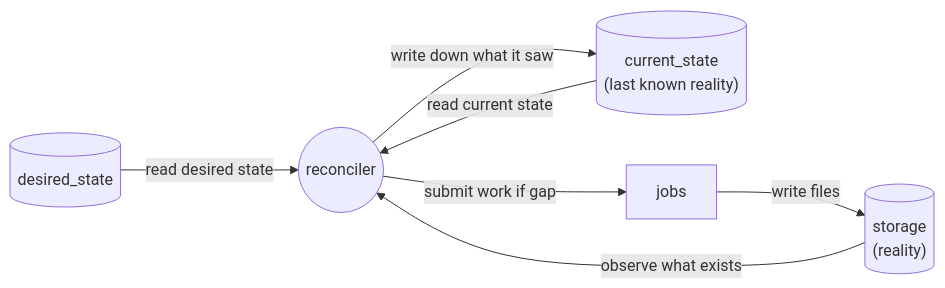
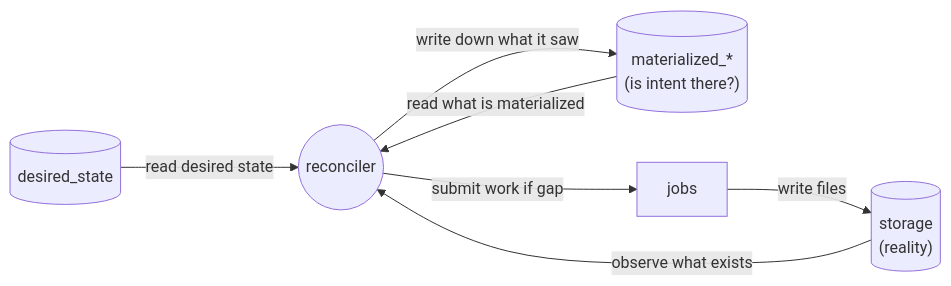
One commit to NGWPC/twod-fim-knowledge-base changed the first of 3 diagrams in system-design/reconciliation-loop.md. Above: the diagram before and after it, drawn with Mermaid. The commit also changed other lines of this file and 2 other files, not shown here.

````diff
--- a/system-design/reconciliation-loop.md
+++ b/system-design/reconciliation-loop.md
@@ -26,13 +27,13 @@
 ```mermaid
 flowchart LR
     DS[("desired_state")]
     ST[("storage<br/>(reality)")]
-    CS[("current_state<br/>(last known reality)")]
+    CS[("materialized_*<br/>(is intent there?)")]
     R((reconciler))
     DS -- "read desired state" --> R
-    CS -- "read current state" --> R
+    CS -- "read what is materialized" --> R
     R -- "submit work if gap" --> J["jobs"]
     J -- "write files" --> ST
     ST -- "observe what exists" --> R
     R -- "write down what it saw" --> CS
 ```
````
